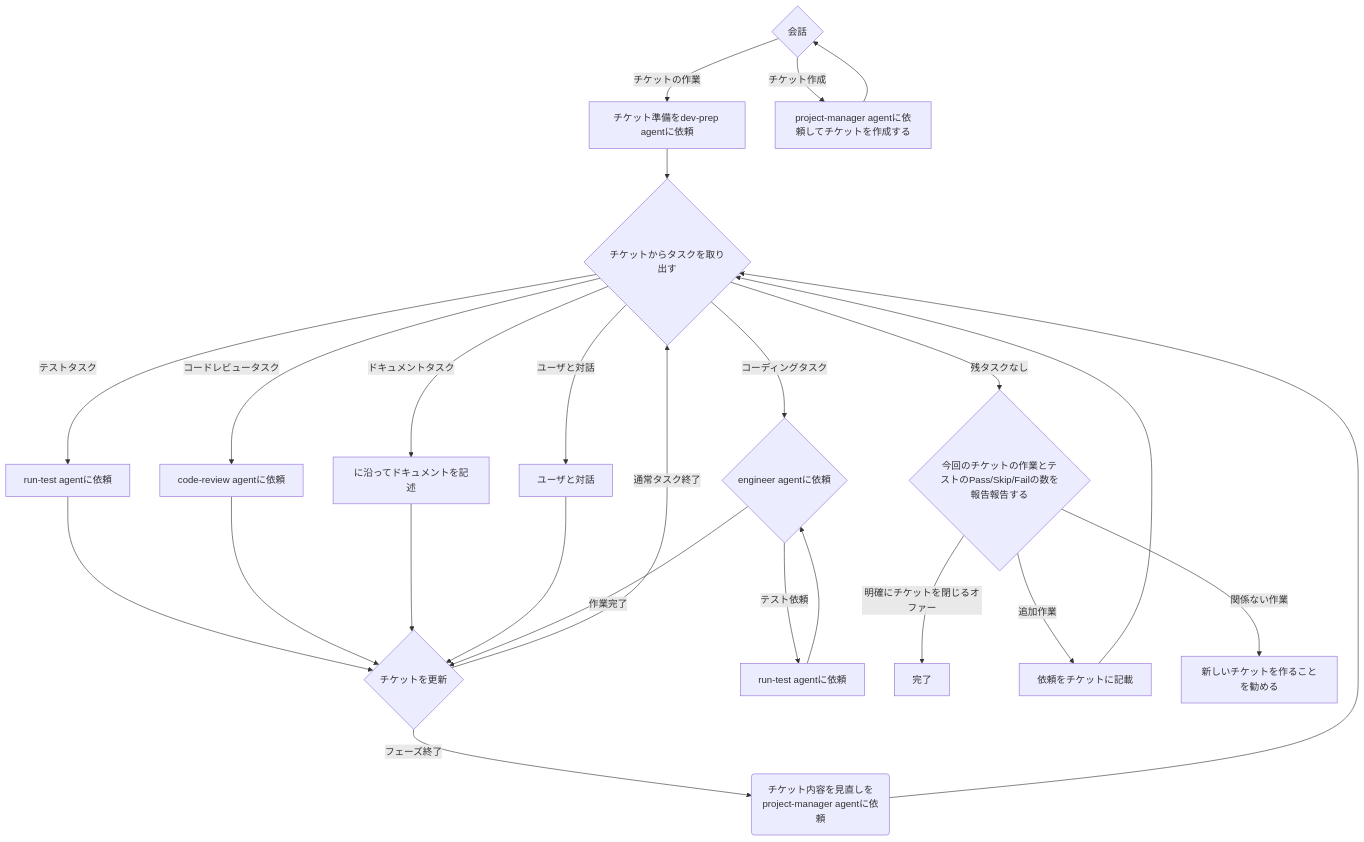
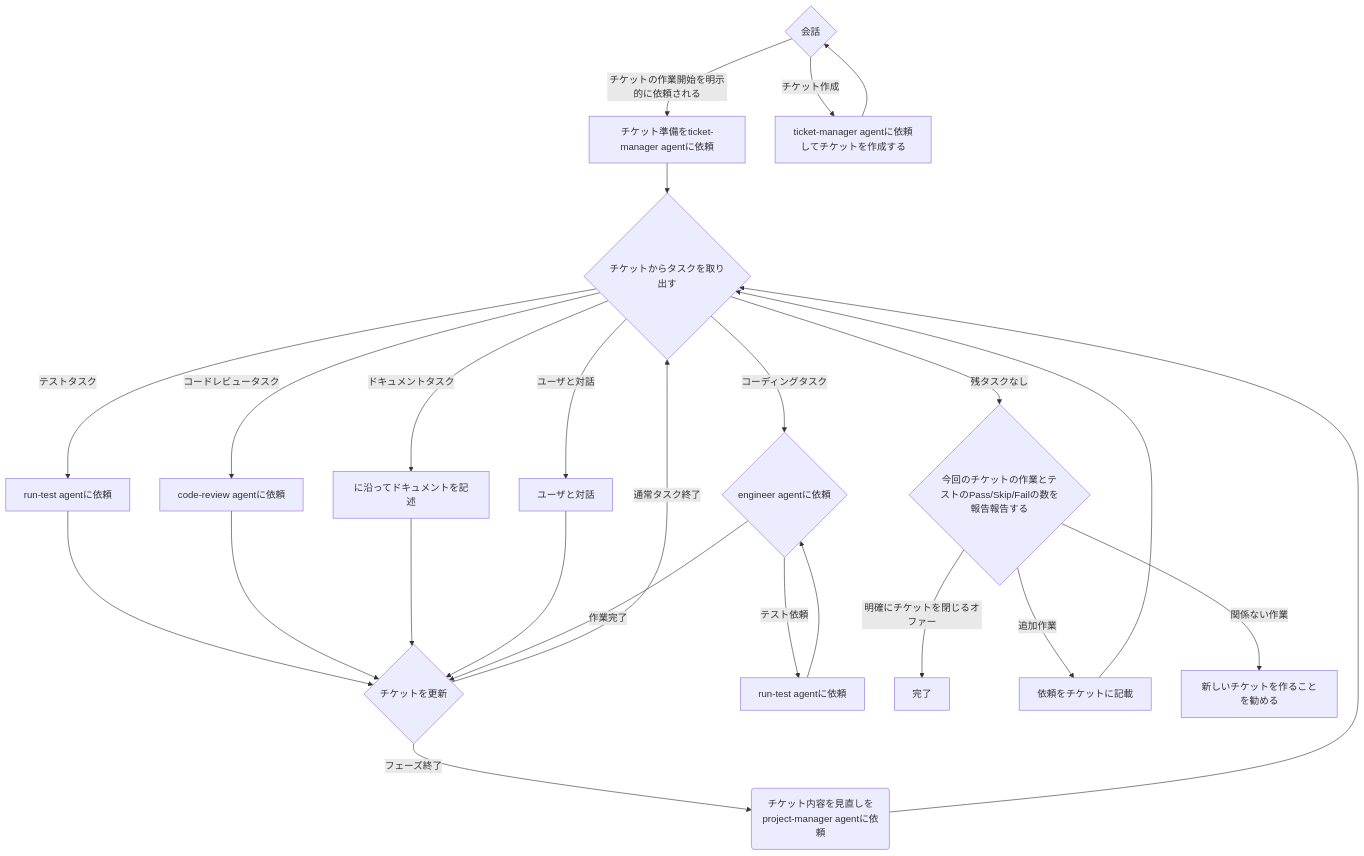
The diagram in CLAUDE.md (masuidrive/procman), drawn with Mermaid before and after one commit. The commit also changed other lines of this file and 27 other files, not shown here.

````diff
--- a/CLAUDE.md
+++ b/CLAUDE.md
@@ -101,23 +102,23 @@
 ```mermaid
 flowchart TD
     start{"会話"}
-    start -->|チケットの作業| dev-prep["チケット準備をdev-prep agentに依頼"]
-    start -->|チケット作成| create-ticket["project-manager agentに依頼してチケットを作成する"] --> start
+    start -->|チケットの作業開始を明示的に依頼される| dev-prep["チケット準備をticket-manager agentに依頼"]
+    start -->|チケット作成| create-ticket["ticket-manager agentに依頼してチケットを作成する"] --> start
 
     dev-prep --> pick-task{"チケットからタスクを取り出す"}
     pick-task -->|コーディングタスク| engineer{"engineer agentに依頼"}
     pick-task -->|テストタスク| run-test["run-test agentに依頼"] --> fin-task
     pick-task -->|コードレビュータスク| code-review["code-review agentに依頼"] --> fin-task
     pick-task -->|ドキュメントタスク| document["<document>に沿ってドキュメントを記述"] --> fin-task
     pick-task -->|ユーザと対話| talk2["ユーザと対話"] --> fin-task
     pick-task -->|残タスクなし| no-task{"今回のチケットの作業とテストのPass/Skip/Failの数を報告報告する"}
     fin-task{"チケットを更新"} -->|通常タスク終了| pick-task
     fin-task -->|フェーズ終了| refine-ticker("チケット内容を見直しをproject-manager agentに依頼") --> pick-task
 
     engineer -->|作業完了| fin-task
     engineer -->|テスト依頼| engineer-test["run-test agentに依頼"] --> engineer
 
     no-task -->|明確にチケットを閉じるオファー| close-ticket["完了"]
     no-task -->|追加作業| new-task["依頼をチケットに記載"] --> pick-task
     no-task -->|関係ない作業| other-task["新しいチケットを作ることを勧める"]
 ```
````
